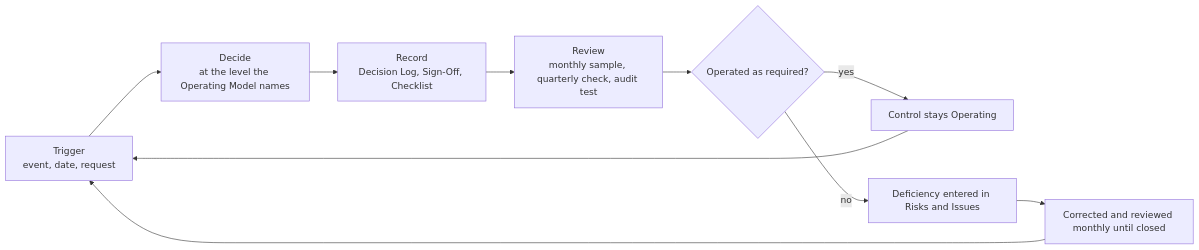
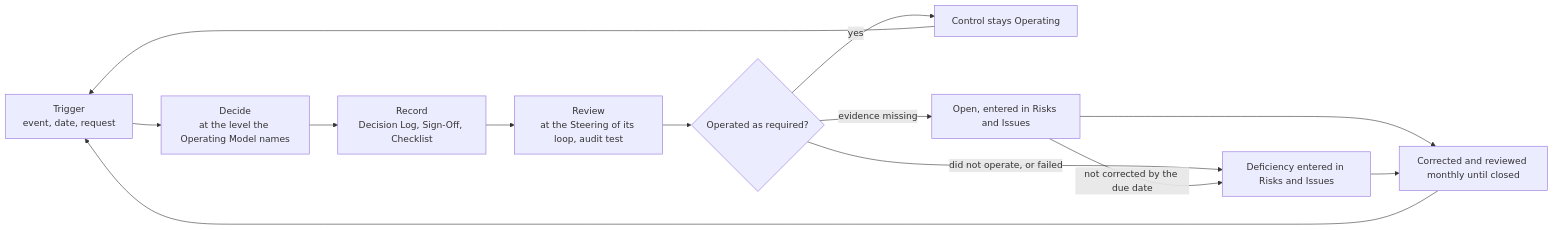
One commit to devhogu/ob-aicc changed the seventh of 8 diagrams in charter/documents/operating-model.md. Above: the diagram before and after it, drawn with Mermaid. The commit also changed other lines of this file and 455 other files, not shown here.

First line of the commit message:
Charter and Registry at revision 2.0: the documents carry what the portal states by intent (DR-2026-062)

````diff
--- a/charter/documents/operating-model.md
+++ b/charter/documents/operating-model.md
@@ -303,12 +331,15 @@
 ```mermaid
 flowchart LR
   T["Trigger<br/>event, date, request"] --> D["Decide<br/>at the level the Operating Model names"]
   D --> R["Record<br/>Decision Log, Sign-Off, Checklist"]
-  R --> V["Review<br/>monthly sample, quarterly check, audit test"]
+  R --> V["Review<br/>at the Steering of its loop, audit test"]
   V --> C{"Operated as required?"}
   C -->|yes| K["Control stays Operating"]
-  C -->|no| F["Deficiency entered in Risks and Issues"]
-  F --> X["Corrected and reviewed monthly until closed"]
+  C -->|"evidence missing"| O["Open, entered in Risks and Issues"]
+  C -->|"did not operate, or failed"| F["Deficiency entered in Risks and Issues"]
+  O -->|"not corrected by the due date"| F
+  O --> X["Corrected and reviewed monthly until closed"]
+  F --> X
   X --> T
   K --> T
 ```
````
